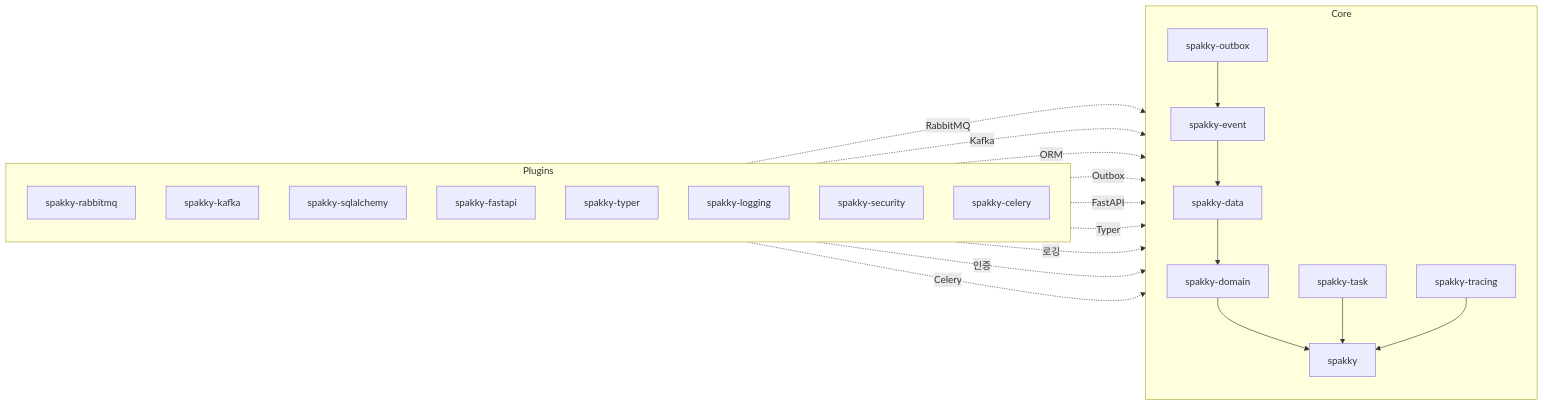
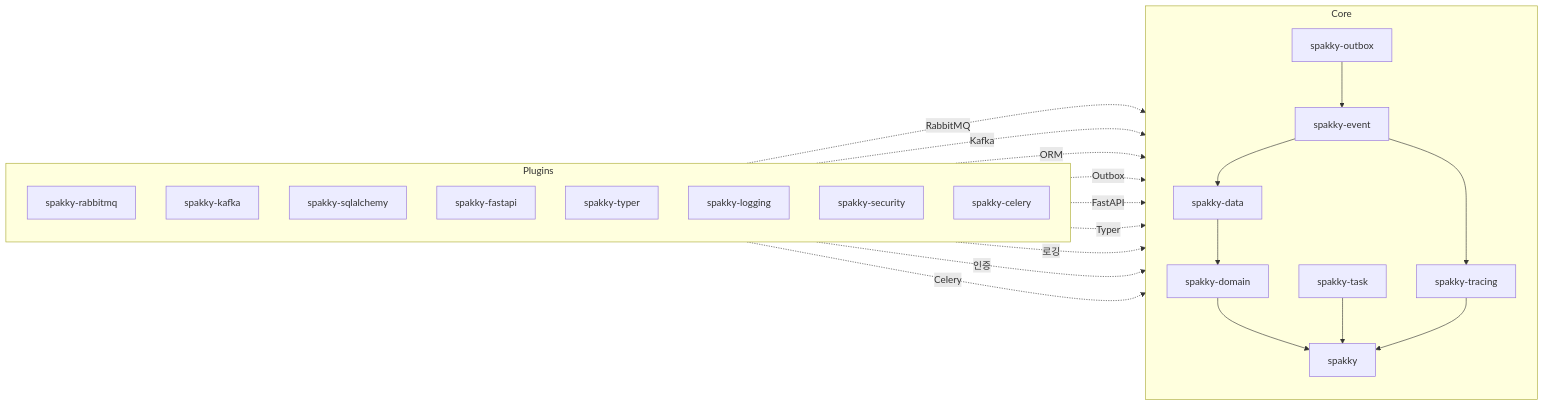
One commit to E5presso/spakky-framework changed the diagram in docs/index.md. Above: the diagram before and after it, drawn with Mermaid. The commit also changed 25 other files, not shown here.

First line of the commit message:
feat(event,outbox,tracing): add headers to IEventTransport for trace propagation

````diff
--- a/docs/index.md
+++ b/docs/index.md
@@ -239,34 +239,35 @@
 ```mermaid
 flowchart LR
   subgraph Plugins[Plugins]
     direction TB
     rabbitmq[spakky-rabbitmq]
     kafka[spakky-kafka]
     sqlalchemy[spakky-sqlalchemy]
     fastapi[spakky-fastapi]
     typer[spakky-typer]
     logging[spakky-logging]
     security[spakky-security]
     celery[spakky-celery]
   end
 
   subgraph Core[Core]
     direction TB
     outbox[spakky-outbox] --> event[spakky-event]
     event --> data[spakky-data]
+    event --> tracing_dep[spakky-tracing]
     data --> domain[spakky-domain]
     domain --> core[spakky]
     task[spakky-task] --> core
-    tracing[spakky-tracing] --> core
+    tracing_dep --> core
   end
 
   rabbitmq -. RabbitMQ .-> event
   kafka -. Kafka .-> event
   sqlalchemy -. ORM .-> data
   sqlalchemy -. Outbox .-> outbox
   fastapi -. FastAPI .-> core
   typer -. Typer .-> core
   logging -. 로깅 .-> core
   security -. 인증 .-> core
   celery -. Celery .-> task
 ```
````
